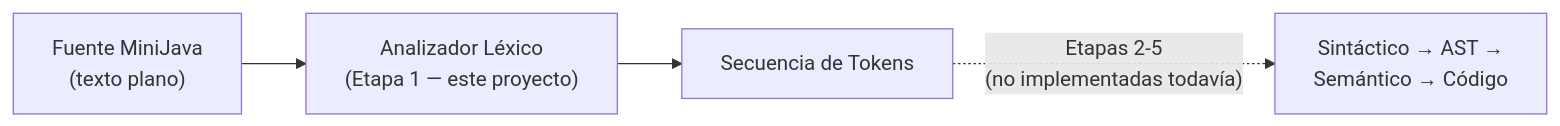
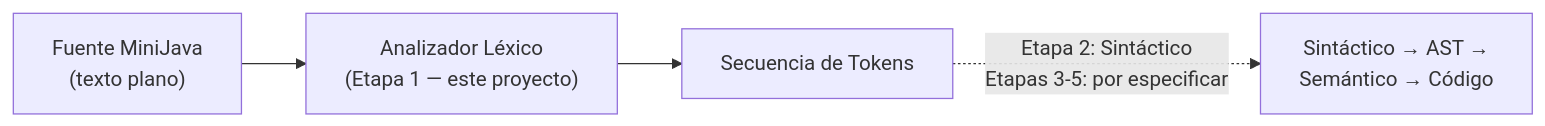
One commit to agustinpaul0/Proyecto-CEI changed the first of 4 diagrams in documentacion/lexico/arquitectura-del-analizador-lexico.md. Above: the diagram before and after it, drawn with Mermaid. The commit also changed other lines of this file and 5000 other files, not shown here.

````diff
--- a/documentacion/lexico/arquitectura-del-analizador-lexico.md
+++ b/documentacion/lexico/arquitectura-del-analizador-lexico.md
@@ -19,6 +19,6 @@
 ```mermaid
 flowchart LR
     A["Fuente MiniJava<br/>(texto plano)"] --> B["Analizador Léxico<br/>(Etapa 1 — este proyecto)"]
     B --> C["Secuencia de Tokens"]
-    C -.->|"Etapas 2-5<br/>(no implementadas todavía)"| D["Sintáctico → AST →<br/>Semántico → Código"]
+    C -.->|"Etapa 2: Sintáctico<br/>Etapas 3-5: por especificar"| D["Sintáctico → AST →<br/>Semántico → Código"]
 ```
````
